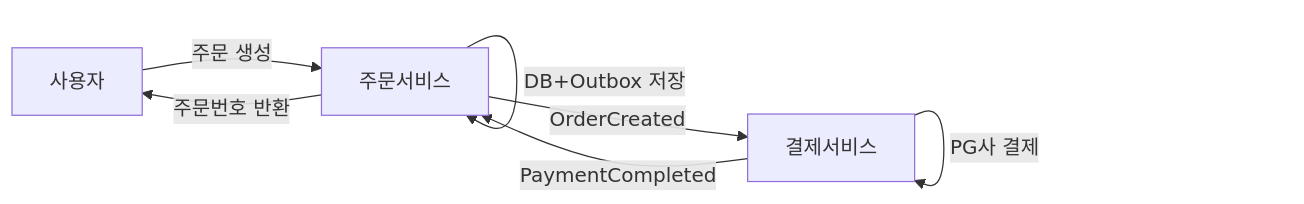
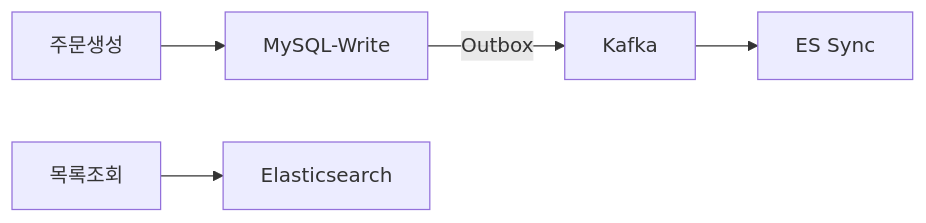
Before and after one commit to yjkim2015/yjkim2015.github.io: the second of 4 diagrams in _posts/systemdesign/2026-05-11-system-design-order.md, drawn with Mermaid. The commit also changed other lines of this file and 4 other files, not shown here.

````diff
--- a/_posts/systemdesign/2026-05-11-system-design-order.md
+++ b/_posts/systemdesign/2026-05-11-system-design-order.md
@@ -156,9 +616,7 @@
 ```mermaid
 graph LR
-    A[사용자] -->|주문 생성| B[주문서비스]
-    B -->|DB+Outbox 저장| B
-    B -->|주문번호 반환| A
-    B -->|OrderCreated| C[결제서비스]
-    C -->|PG사 결제| C
-    C -->|PaymentCompleted| B
+    A[주문생성] --> B[MySQL-Write]
+    B -->|Outbox| C[Kafka]
+    C --> D[ES Sync]
+    E[목록조회] --> F[Elasticsearch]
 ```
````
